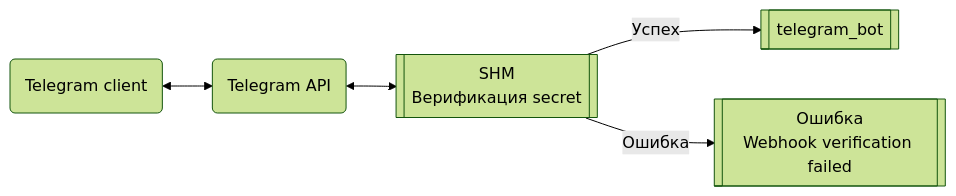
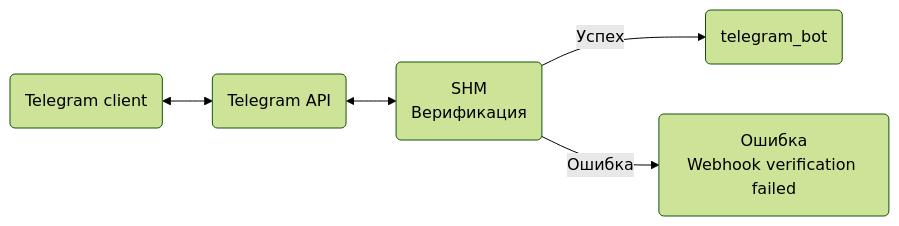
One commit to danuk/shm-docs changed the second of 2 diagrams in content/ru/docs/setup/servers/transport/telegram.md. Above: the diagram before and after it, drawn with Mermaid (forest theme).

````diff
--- a/content/ru/docs/setup/servers/transport/telegram.md
+++ b/content/ru/docs/setup/servers/transport/telegram.md
@@ -113,6 +113,6 @@
 ```mermaid
 flowchart LR
-    A(Telegram client) <--> B(Telegram API) <--> C[[SHM\nВерификация secret]]:::gray
-    C -- Успех --> CS[[telegram_bot]]:::green
-    C -- Ошибка --> CE[[Ошибка\nWebhook verification failed]]:::red
+    A(Telegram client) <--> B(Telegram API) <--> C(SHM\nВерификация):::gray
+    C -- Успех --> CS(telegram_bot):::green
+    C -- Ошибка --> CE(Ошибка\nWebhook verification failed):::red
 ```
````
